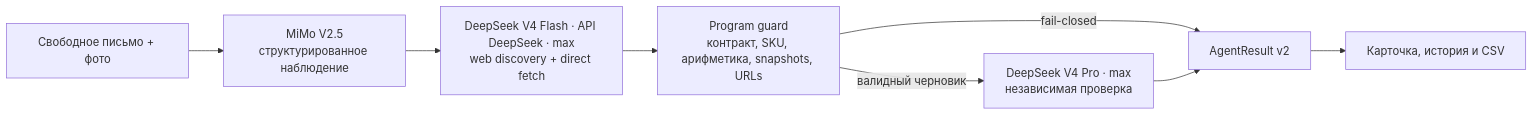
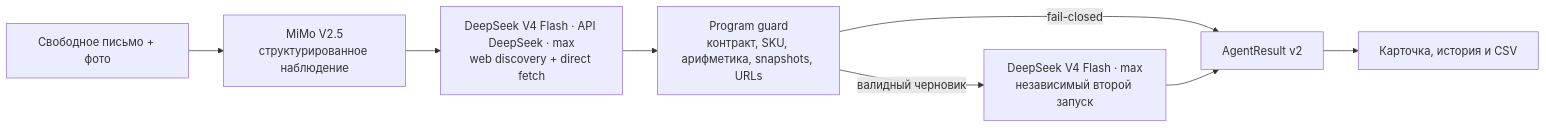
The first of 2 diagrams in docs/ARCHITECTURE-AND-WEBINAR.md (Matrix6892/Pilot_webinars), drawn with Mermaid before and after one commit. The commit also changed other lines of this file and 28 other files, not shown here.

````diff
--- a/docs/ARCHITECTURE-AND-WEBINAR.md
+++ b/docs/ARCHITECTURE-AND-WEBINAR.md
@@ -109,10 +109,10 @@
 ```mermaid
 flowchart LR
     INPUT["Свободное письмо + фото"] --> VISION["MiMo V2.5<br/>структурированное наблюдение"]
     VISION --> PRIMARY["DeepSeek V4 Flash · API DeepSeek · max<br/>web discovery + direct fetch"]
     PRIMARY --> GUARD["Program guard<br/>контракт, SKU, арифметика, snapshots, URLs"]
-    GUARD -->|"валидный черновик"| REVIEW["DeepSeek V4 Pro · max<br/>независимая проверка"]
+    GUARD -->|"валидный черновик"| REVIEW["DeepSeek V4 Flash · max<br/>независимый второй запуск"]
     GUARD -->|"fail-closed"| RESULT["AgentResult v2"]
     REVIEW --> RESULT
     RESULT --> UI["Карточка, история и CSV"]
 ```
````
